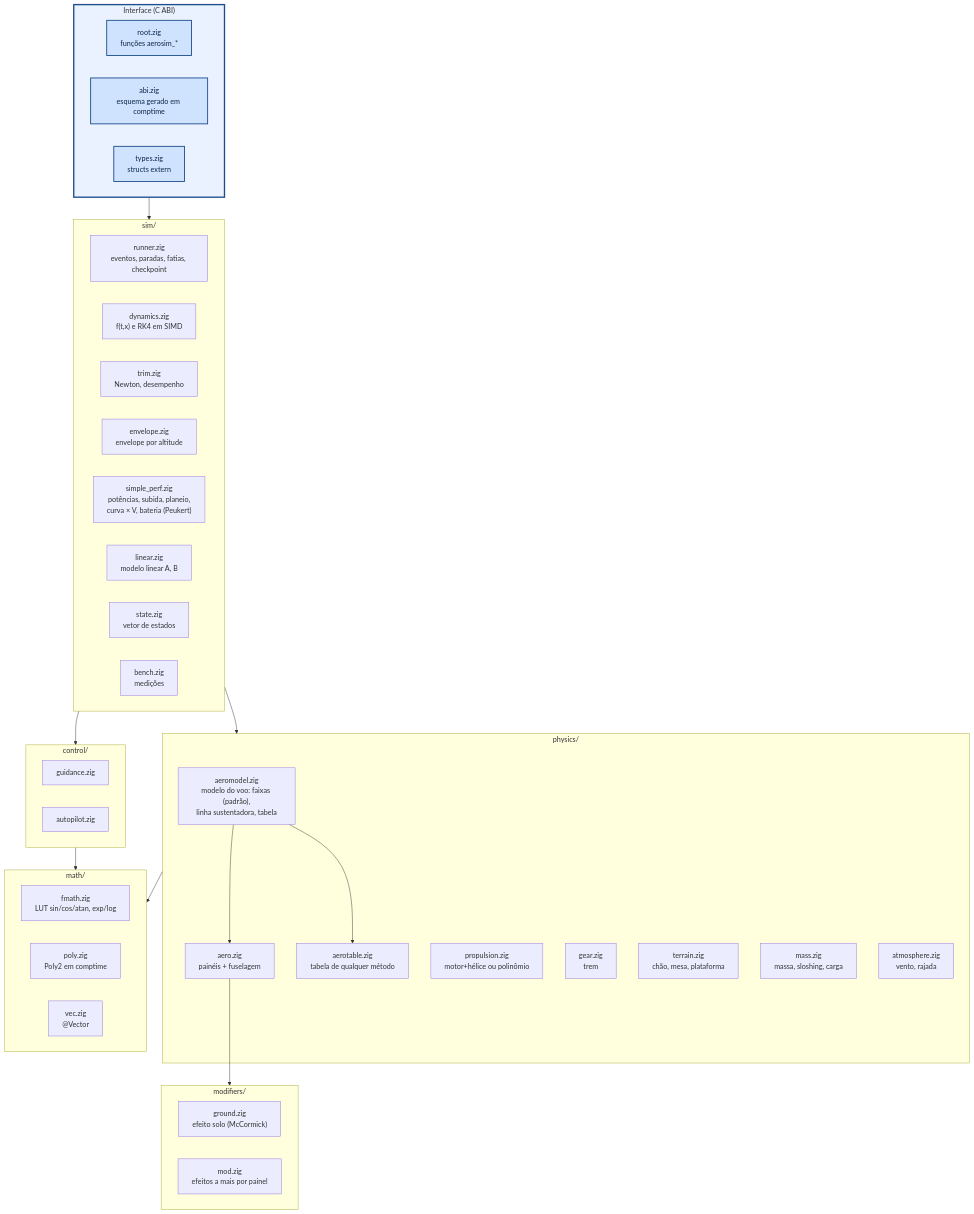
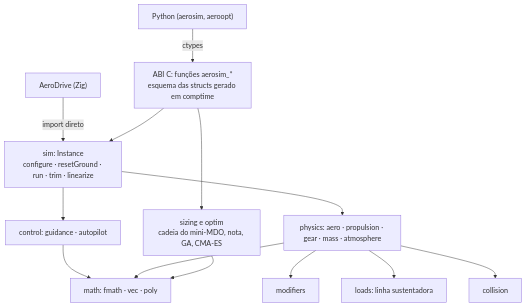
The diagram in core/README.md (vitordallolivo/AircraftSimulation), drawn with Mermaid before and after one commit. The commit also changed other lines of this file, not shown here.

````diff
--- a/core/README.md
+++ b/core/README.md
@@ -35,52 +24,11 @@
 ```mermaid
 flowchart TB
-    subgraph API["Interface (C ABI)"]
-        ROOT["root.zig<br/>funções aerosim_*"]
-        ABI["abi.zig<br/>esquema gerado em comptime"]
-        TYP["types.zig<br/>structs extern"]
-    end
-    subgraph SIM["sim/"]
-        RUN["runner.zig<br/>eventos, paradas, fatias, checkpoint"]
-        DYN["dynamics.zig<br/>f(t,x) e RK4 em SIMD"]
-        TRIM["trim.zig<br/>Newton, desempenho"]
-        ENV["envelope.zig<br/>envelope por altitude"]
-        SP["simple_perf.zig<br/>potências, subida, planeio,<br/>curva × V, bateria (Peukert)"]
-        LIN["linear.zig<br/>modelo linear A, B"]
-        ST["state.zig<br/>vetor de estados"]
-        BENCH["bench.zig<br/>medições"]
-    end
-    subgraph CTL["control/"]
-        GD["guidance.zig"]
-        AP["autopilot.zig"]
-    end
-    subgraph PHY["physics/"]
-        AEROM["aeromodel.zig<br/>modelo do voo: faixas (padrão),<br/>linha sustentadora, tabela"]
-        AERO["aero.zig<br/>painéis + fuselagem"]
-        AEROT["aerotable.zig<br/>tabela de qualquer método"]
-        PROP["propulsion.zig<br/>motor+hélice ou polinômio"]
-        GEAR["gear.zig<br/>trem"]
-        TER["terrain.zig<br/>chão, mesa, plataforma"]
-        MASS["mass.zig<br/>massa, sloshing, carga"]
-        ATM["atmosphere.zig<br/>vento, rajada"]
-    end
-    subgraph MOD["modifiers/"]
-        GRD["ground.zig<br/>efeito solo (McCormick)"]
-        MODM["mod.zig<br/>efeitos a mais por painel"]
-    end
-    AEROM --> AERO
-    AEROM --> AEROT
-    AERO --> MOD
-    subgraph MATH["math/"]
-        FM["fmath.zig<br/>LUT sin/cos/atan, exp/log"]
-        POLY["poly.zig<br/>Poly2 em comptime"]
-        VEC["vec.zig<br/>@Vector"]
-    end
-    API --> SIM
-    SIM --> CTL
-    SIM --> PHY
-    CTL --> MATH
-    PHY --> MATH
-    classDef iface fill:#cfe3ff,stroke:#1f4e8c,stroke-width:2px,color:#0b2545
-    class ROOT,ABI,TYP iface
-    style API fill:#eaf2ff,stroke:#1f4e8c,stroke-width:3px
+    PY["Python (aerosim, aeroopt)"] -->|"ctypes"| ABI["ABI C: funções aerosim_*<br/>esquema das structs gerado em comptime"]
+    AD["AeroDrive (Zig)"] -->|"import direto"| SIM
+    ABI --> SIM["sim: Instance<br/>configure · resetGround · run · trim · linearize"]
+    ABI --> SZ["sizing e optim<br/>cadeia do mini-MDO, nota, GA, CMA-ES"]
+    SIM --> CTL["control: guidance · autopilot"]
+    SIM --> PHY["physics: aero · propulsion · gear · mass · atmosphere"]
+    PHY --> MOD["modifiers"] & LD["loads: linha sustentadora"] & COL["collision"]
+    CTL & PHY & SZ --> MATH["math: fmath · vec · poly"]
 ```
````
